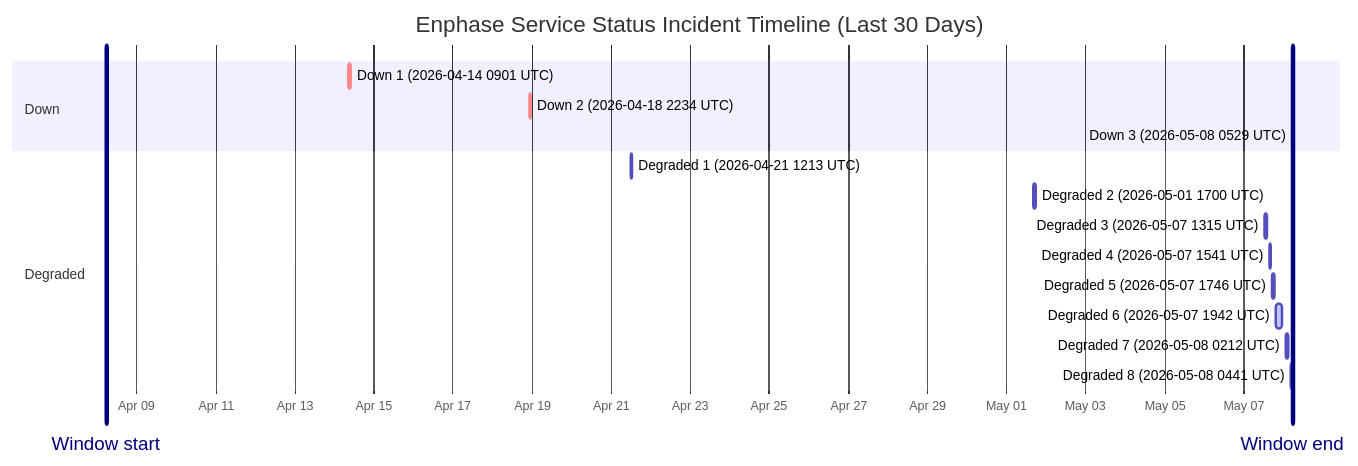
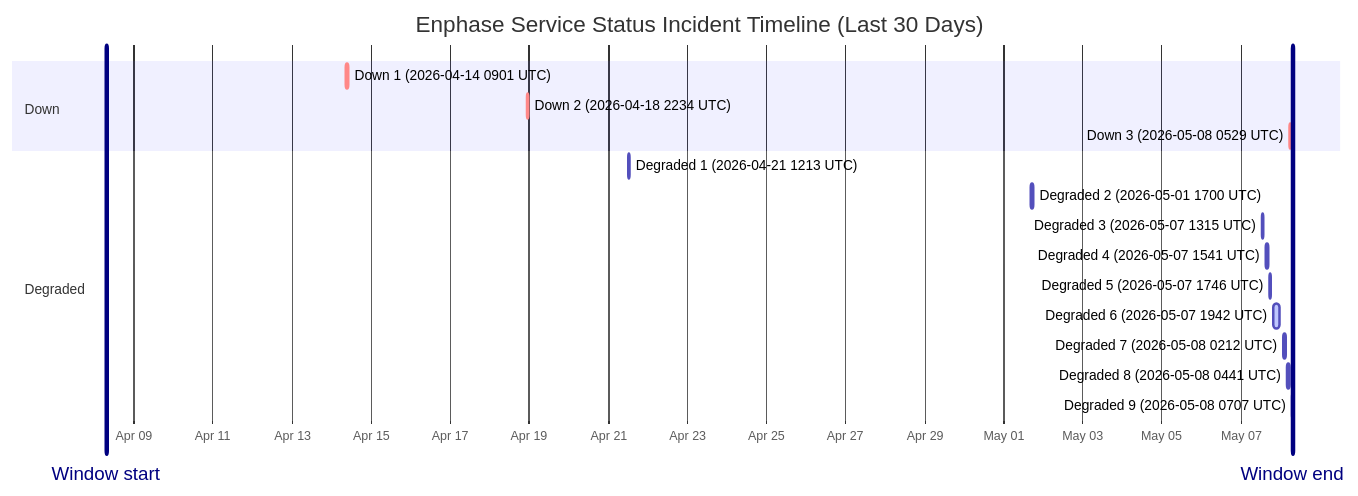
One commit to barneyonline/ha-enphase-ev-charger changed the diagram in wiki/Service-Status-History.md. Above: the diagram before and after it, drawn with Mermaid. The commit also changed other lines of this file and 5 other files, not shown here.

````diff
--- a/wiki/Service-Status-History.md
+++ b/wiki/Service-Status-History.md
@@ -14,21 +14,22 @@
 ```mermaid
 gantt
     title Enphase Service Status Incident Timeline (Last 30 Days)
     dateFormat  YYYY-MM-DDTHH:mm:ss
     axisFormat  %b %d
-    Window start :vert, window-start, 2026-04-08T05:29:47, 0ms
-    Window end :vert, window-end, 2026-05-08T05:29:47, 0ms
+    Window start :vert, window-start, 2026-04-08T07:07:30, 0ms
+    Window end :vert, window-end, 2026-05-08T07:07:30, 0ms
     section Down
     Down 1 (2026-04-14 0901 UTC) :crit, down-1, 2026-04-14T09:01:13, 60m
     Down 2 (2026-04-18 2234 UTC) :crit, down-2, 2026-04-18T22:34:13, 60m
     Down 3 (2026-05-08 0529 UTC) :crit, down-3, 2026-05-08T05:29:47, 60m
     section Degraded
     Degraded 1 (2026-04-21 1213 UTC) :active, degraded-1, 2026-04-21T12:13:11, 60m
     Degraded 2 (2026-05-01 1700 UTC) :active, degraded-2, 2026-05-01T17:00:22, 60m
     Degraded 3 (2026-05-07 1315 UTC) :active, degraded-3, 2026-05-07T13:15:25, 60m
     Degraded 4 (2026-05-07 1541 UTC) :active, degraded-4, 2026-05-07T15:41:58, 60m
     Degraded 5 (2026-05-07 1746 UTC) :active, degraded-5, 2026-05-07T17:46:51, 60m
     Degraded 6 (2026-05-07 1942 UTC) :active, degraded-6, 2026-05-07T19:42:10, 249m
     Degraded 7 (2026-05-08 0212 UTC) :active, degraded-7, 2026-05-08T02:12:39, 60m
     Degraded 8 (2026-05-08 0441 UTC) :active, degraded-8, 2026-05-08T04:41:46, 60m
+    Degraded 9 (2026-05-08 0707 UTC) :active, degraded-9, 2026-05-08T07:07:30, 60m
 ```
````
